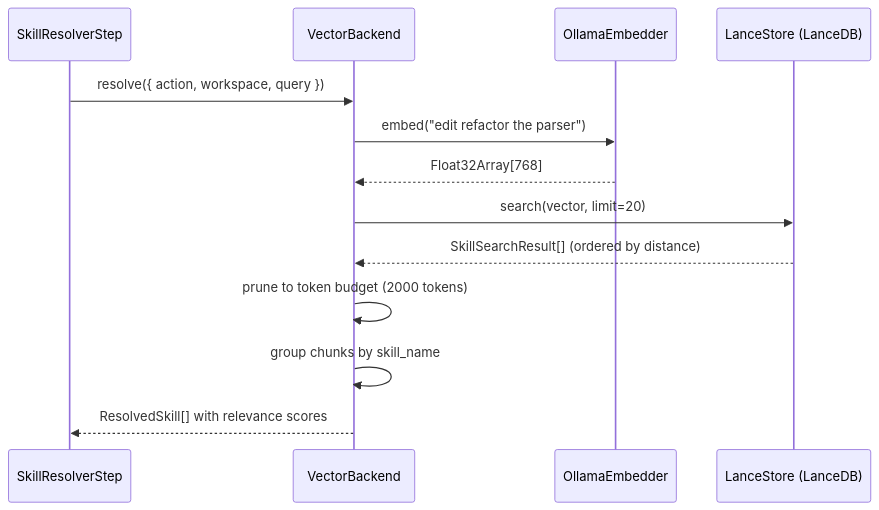
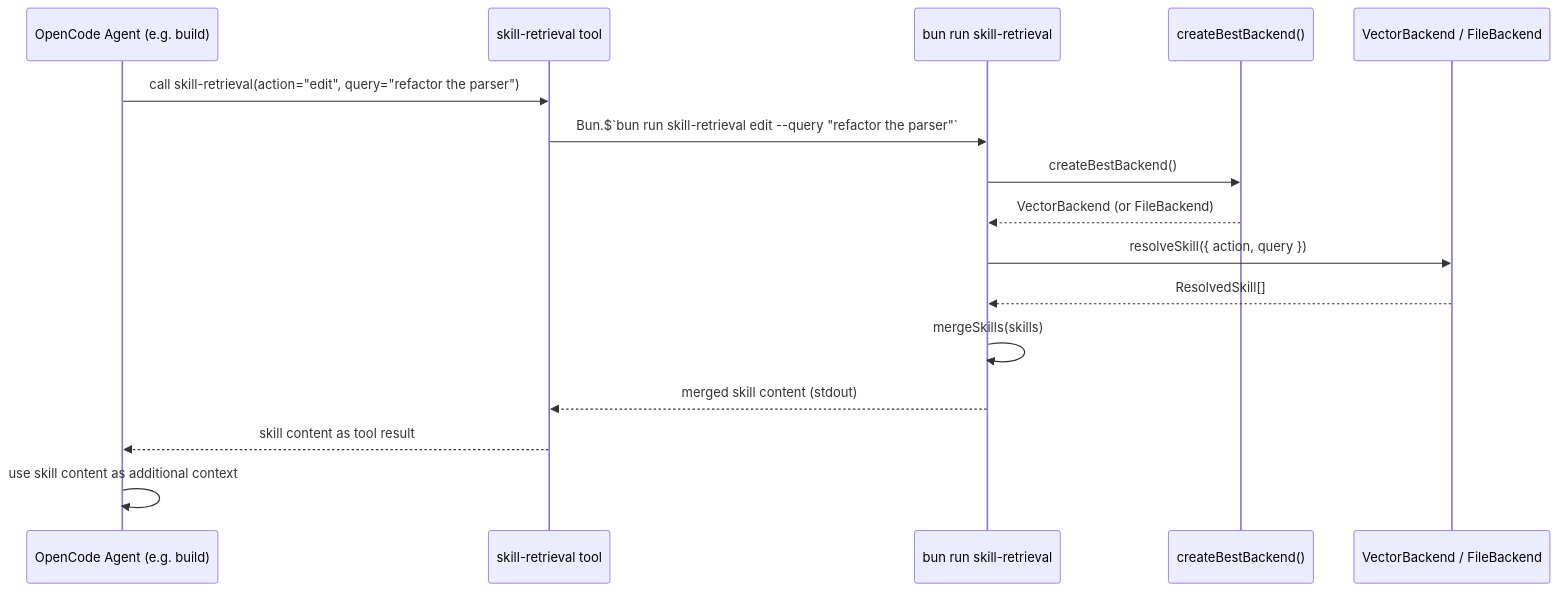
Before and after one commit to vansweej/ai-coding: the eighth of 8 diagrams in docs/skills.md, drawn with Mermaid. The commit also changed other lines of this file and 1 other file, not shown here.

Commit message:
docs: rewrite skills.md and add skill-indexer.md for Phase 2

````diff
--- a/docs/skills.md
+++ b/docs/skills.md
@@ -387,16 +301,19 @@
 ```mermaid
 sequenceDiagram
-    participant Step as SkillResolverStep
-    participant VB as VectorBackend
-    participant Emb as OllamaEmbedder
-    participant Store as LanceStore (LanceDB)
+    participant Agent as OpenCode Agent (e.g. build)
+    participant Tool as skill-retrieval tool
+    participant CLI as bun run skill-retrieval
+    participant Backend as createBestBackend()
+    participant DB as VectorBackend / FileBackend
 
-    Step->>VB: resolve({ action, workspace, query })
-    VB->>Emb: embed("edit refactor the parser")
-    Emb-->>VB: Float32Array[768]
-    VB->>Store: search(vector, limit=20)
-    Store-->>VB: SkillSearchResult[] (ordered by distance)
-    VB->>VB: prune to token budget (2000 tokens)
-    VB->>VB: group chunks by skill_name
-    VB-->>Step: ResolvedSkill[] with relevance scores
+    Agent->>Tool: call skill-retrieval(action="edit", query="refactor the parser")
+    Tool->>CLI: Bun.$`bun run skill-retrieval edit --query "refactor the parser"`
+    CLI->>Backend: createBestBackend()
+    Backend-->>CLI: VectorBackend (or FileBackend)
+    CLI->>DB: resolveSkill({ action, query })
+    DB-->>CLI: ResolvedSkill[]
+    CLI->>CLI: mergeSkills(skills)
+    CLI-->>Tool: merged skill content (stdout)
+    Tool-->>Agent: skill content as tool result
+    Agent->>Agent: use skill content as additional context
 ```
````
